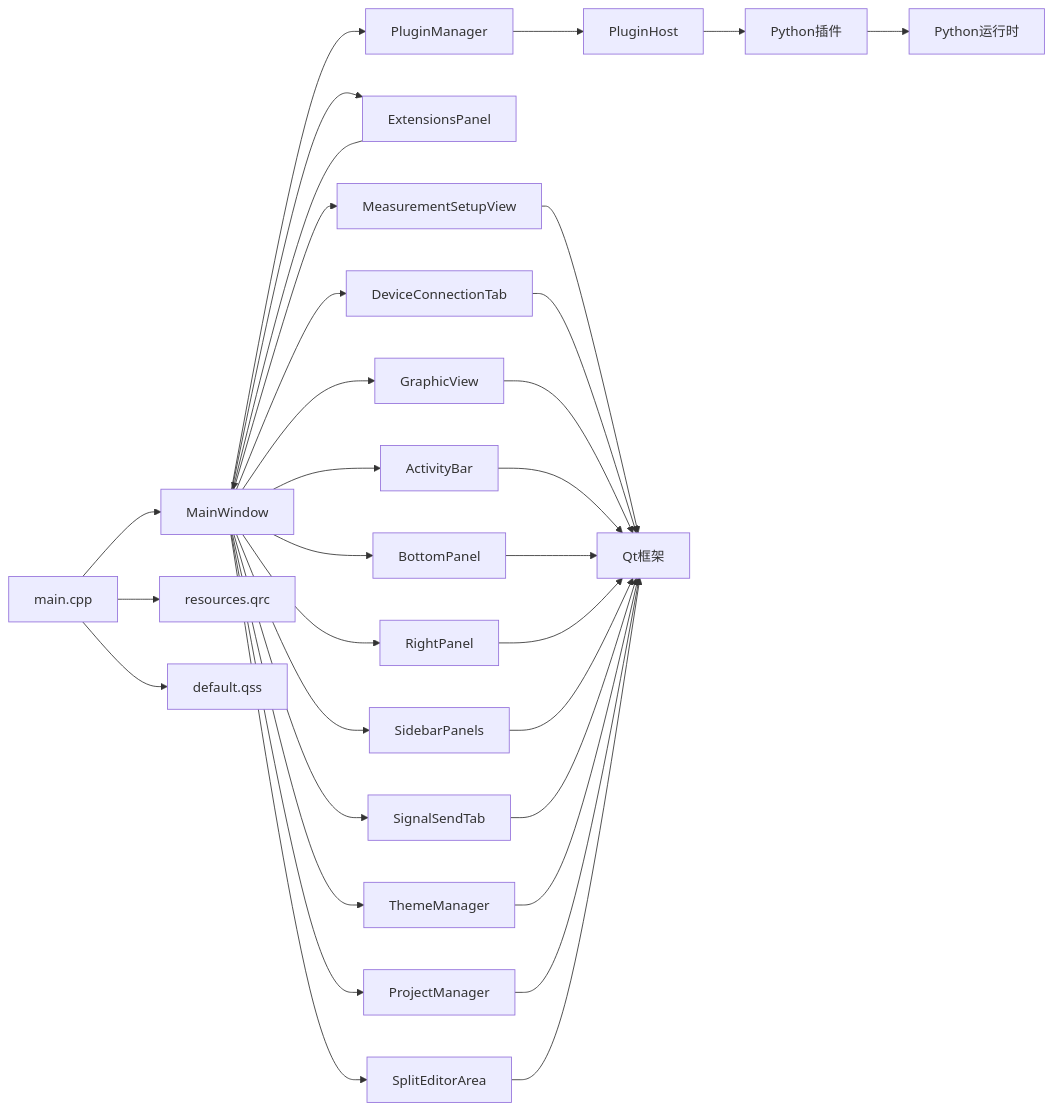
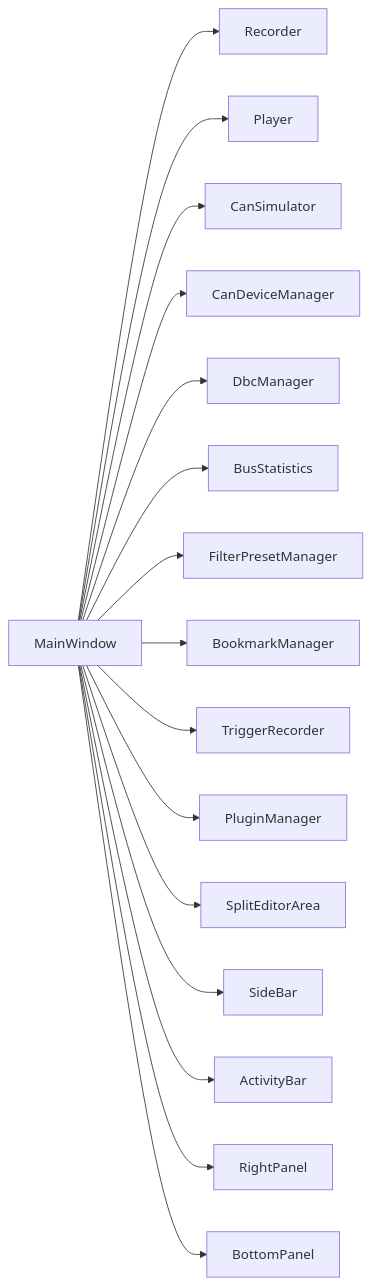
One commit to jakecai1225-design/OpenBus changed the eighth of 8 diagrams in .qoder/repowiki/zh/content/架构设计/主窗口组件架构.md. Above: the diagram before and after it, drawn with Mermaid. The commit also changed other lines of this file and 5 other files, not shown here.

````diff
--- a/.qoder/repowiki/zh/content/架构设计/主窗口组件架构.md
+++ b/.qoder/repowiki/zh/content/架构设计/主窗口组件架构.md
@@ -712,34 +293,18 @@
 ```mermaid
 graph LR
-Main["main.cpp"] --> MW["MainWindow"]
+MW["MainWindow"] --> R["Recorder"]
+MW --> P["Player"]
+MW --> S["CanSimulator"]
+MW --> DM["CanDeviceManager"]
+MW --> DBM["DbcManager"]
+MW --> BS["BusStatistics"]
+MW --> FPM["FilterPresetManager"]
+MW --> BM["BookmarkManager"]
+MW --> TR["TriggerRecorder"]
 MW --> PM["PluginManager"]
-MW --> EP["ExtensionsPanel"]
-PM --> PH["PluginHost"]
-PH --> PY["Python插件"]
-MW --> MSV["MeasurementSetupView"]
-MW --> DCT["DeviceConnectionTab"]
-MW --> GV["GraphicView"]
+MW --> EA["SplitEditorArea"]
+MW --> SB["SideBar"]
 MW --> AB["ActivityBar"]
+MW --> RP["RightPanel"]
 MW --> BP["BottomPanel"]
-MW --> RP["RightPanel"]
-MW --> SP["SidebarPanels"]
-MW --> TAB["SignalSendTab"]
-MW --> TM["ThemeManager"]
-MW --> PRM["ProjectManager"]
-MW --> SEA["SplitEditorArea"]
-MSV --> Qt["Qt框架"]
-DCT --> Qt
-GV --> Qt
-AB --> Qt
-BP --> Qt
-RP --> Qt
-SP --> Qt
-TAB --> Qt
-TM --> Qt
-PRM --> Qt
-SEA --> Qt
-PY --> Py["Python运行时"]
-Main --> Res["resources.qrc"]
-Main --> QSS["default.qss"]
-EP --> MW
 ```
````
